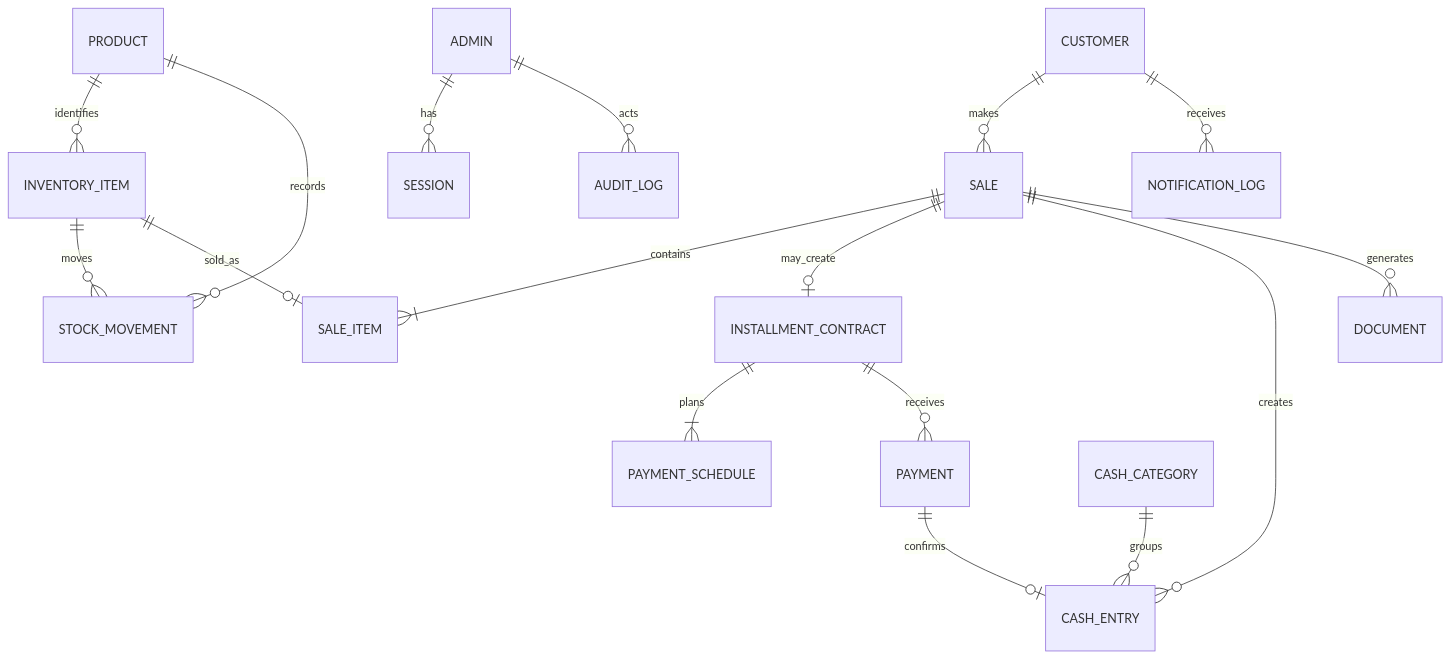
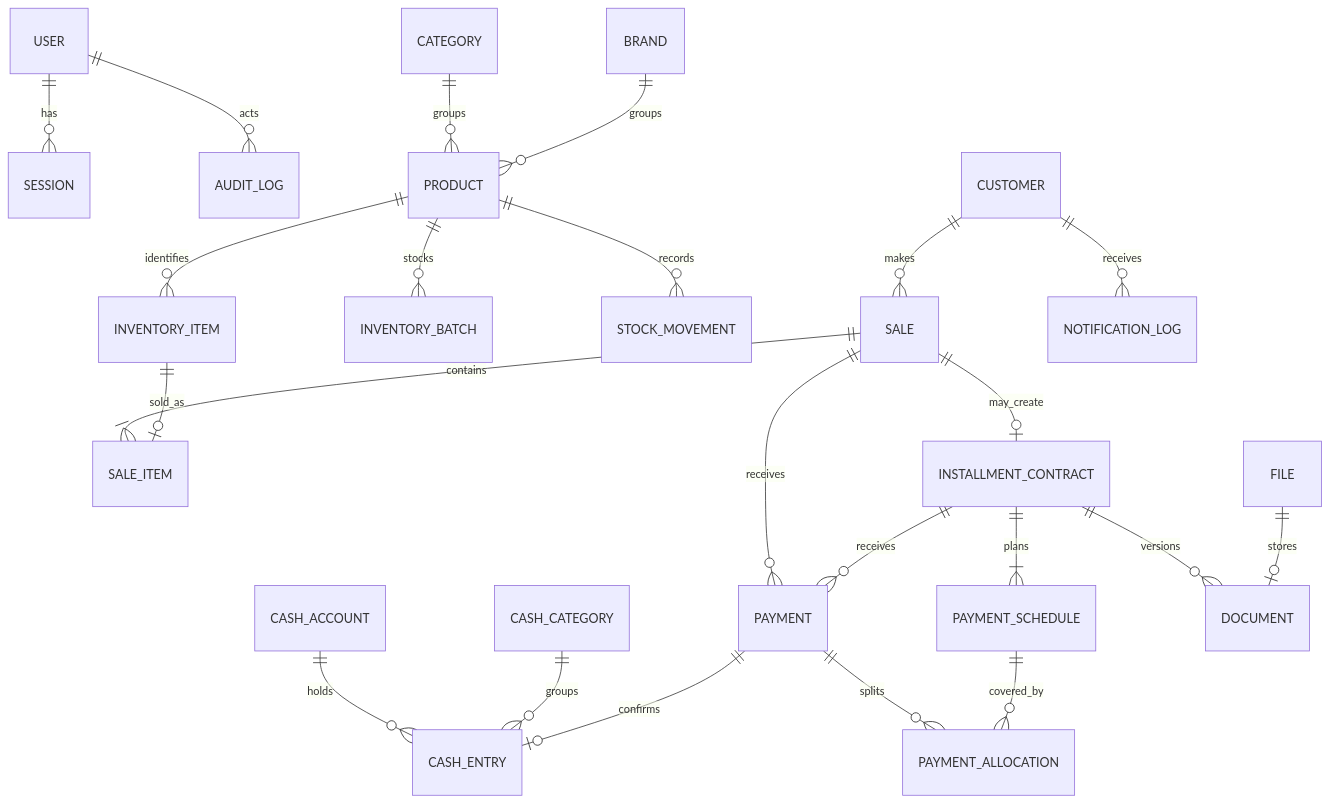
One commit to mukhammadakbar-dev/HisobAi changed the second of 2 diagrams in docs/ARCHITECTURE.md. Above: the diagram before and after it, drawn with Mermaid. The commit also changed other lines of this file and 1 other file, not shown here.

First line of the commit message:
docs: TZ va ARCHITECTURE v0.2 ga yangilandi

````diff
--- a/docs/ARCHITECTURE.md
+++ b/docs/ARCHITECTURE.md
@@ -107,19 +159,25 @@
 ```mermaid
 erDiagram
-  ADMIN ||--o{ SESSION : has
+  USER ||--o{ SESSION : has
+  USER ||--o{ AUDIT_LOG : acts
+  CATEGORY ||--o{ PRODUCT : groups
+  BRAND ||--o{ PRODUCT : groups
   PRODUCT ||--o{ INVENTORY_ITEM : identifies
+  PRODUCT ||--o{ INVENTORY_BATCH : stocks
   PRODUCT ||--o{ STOCK_MOVEMENT : records
-  INVENTORY_ITEM ||--o{ STOCK_MOVEMENT : moves
   CUSTOMER ||--o{ SALE : makes
   SALE ||--|{ SALE_ITEM : contains
   INVENTORY_ITEM ||--o| SALE_ITEM : sold_as
   SALE ||--o| INSTALLMENT_CONTRACT : may_create
   INSTALLMENT_CONTRACT ||--|{ PAYMENT_SCHEDULE : plans
+  SALE ||--o{ PAYMENT : receives
   INSTALLMENT_CONTRACT ||--o{ PAYMENT : receives
+  PAYMENT ||--o{ PAYMENT_ALLOCATION : splits
+  PAYMENT_SCHEDULE ||--o{ PAYMENT_ALLOCATION : covered_by
+  CASH_ACCOUNT ||--o{ CASH_ENTRY : holds
+  CASH_CATEGORY ||--o{ CASH_ENTRY : groups
   PAYMENT ||--o| CASH_ENTRY : confirms
-  SALE ||--o{ CASH_ENTRY : creates
-  CASH_CATEGORY ||--o{ CASH_ENTRY : groups
+  INSTALLMENT_CONTRACT ||--o{ DOCUMENT : versions
+  FILE ||--o| DOCUMENT : stores
   CUSTOMER ||--o{ NOTIFICATION_LOG : receives
-  SALE ||--o{ DOCUMENT : generates
-  ADMIN ||--o{ AUDIT_LOG : acts
 ```
````
